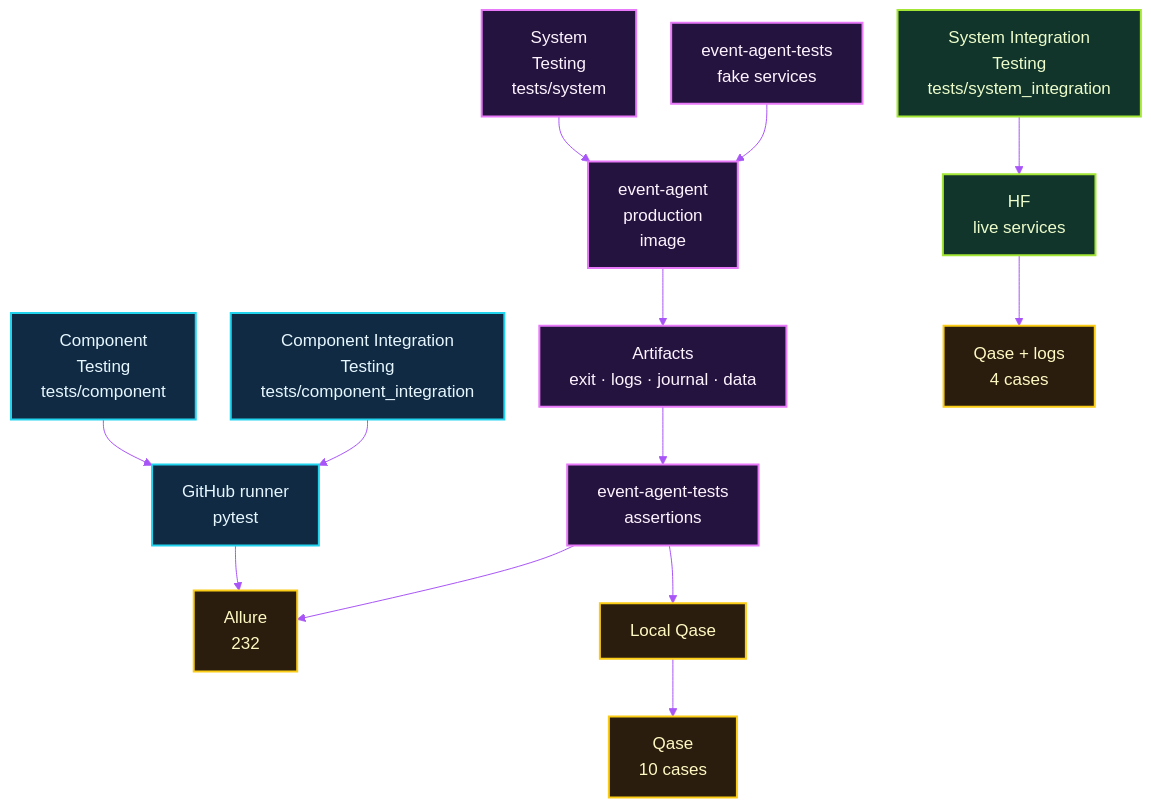
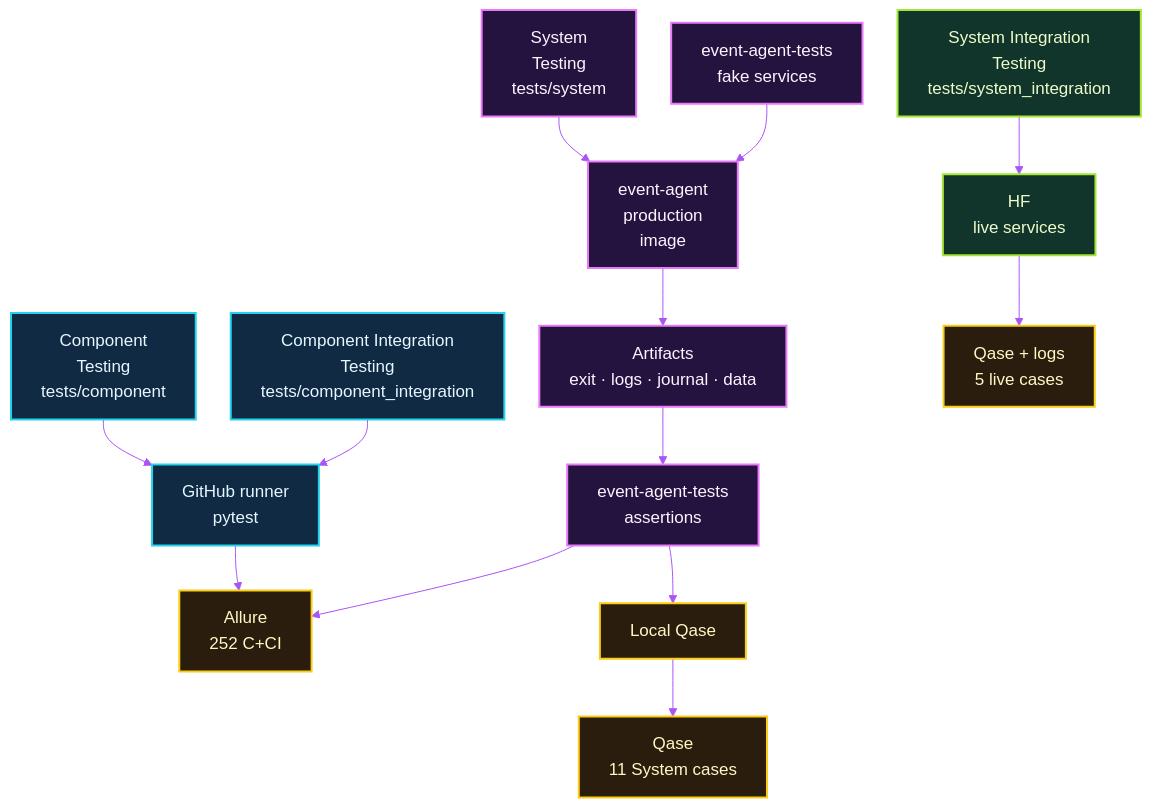
The first of 3 diagrams in docs/TESTING.md (michalmarczuk/event-agent), drawn with Mermaid before and after one commit. The commit also changed other lines of this file and 33 other files, not shown here.

Commit message:
Harden architecture, test infrastructure, and documentation

````diff
--- a/docs/TESTING.md
+++ b/docs/TESTING.md
@@ -37,27 +39,27 @@
 ```mermaid
 %%{init: {'theme': 'base', 'themeVariables': {'background': '#07111f', 'primaryColor': '#102a43', 'primaryTextColor': '#e6f7ff', 'primaryBorderColor': '#22d3ee', 'secondaryColor': '#25133f', 'tertiaryColor': '#12352b', 'lineColor': '#a855f7', 'fontFamily': 'ui-sans-serif, system-ui', 'fontSize': '17px'}, 'flowchart': {'nodeSpacing': 35, 'rankSpacing': 45}}}%%
 flowchart TB
     component["Component<br/>Testing<br/>tests/component"] --> runner["GitHub runner<br/>pytest"]
     component_integration["Component Integration<br/>Testing<br/>tests/component_integration"] --> runner
-    runner --> allure["Allure<br/>232"]
+    runner --> allure["Allure<br/>252 C+CI"]
 
     system["System<br/>Testing<br/>tests/system"] --> sut["event-agent<br/>production<br/>image"]
     fake["event-agent-tests<br/>fake services"] --> sut
     sut --> artifacts["Artifacts<br/>exit · logs · journal · data"]
     artifacts --> assertions["event-agent-tests<br/>assertions"]
     assertions --> allure
     assertions --> qase_local["Local Qase"]
-    qase_local --> qase["Qase<br/>10 cases"]
+    qase_local --> qase["Qase<br/>11 System cases"]
 
     system_integration["System Integration<br/>Testing<br/>tests/system_integration"] --> hf["HF<br/>live services"]
-    hf --> qase_live["Qase + logs<br/>4 cases"]
+    hf --> qase_live["Qase + logs<br/>5 live cases"]
 
     classDef github fill:#102a43,stroke:#22d3ee,color:#e6f7ff,stroke-width:2px;
     classDef violet fill:#25133f,stroke:#e879f9,color:#fdf4ff,stroke-width:2px;
     classDef runtime fill:#12352b,stroke:#a3e635,color:#ecfccb,stroke-width:2px;
     classDef reporting fill:#2b1d0e,stroke:#facc15,color:#fef9c3,stroke-width:2px;
     class component,component_integration,runner github;
     class system,sut,fake,artifacts,assertions violet;
     class system_integration,hf runtime;
     class allure,qase_local,qase,qase_live reporting;
 ```
````
